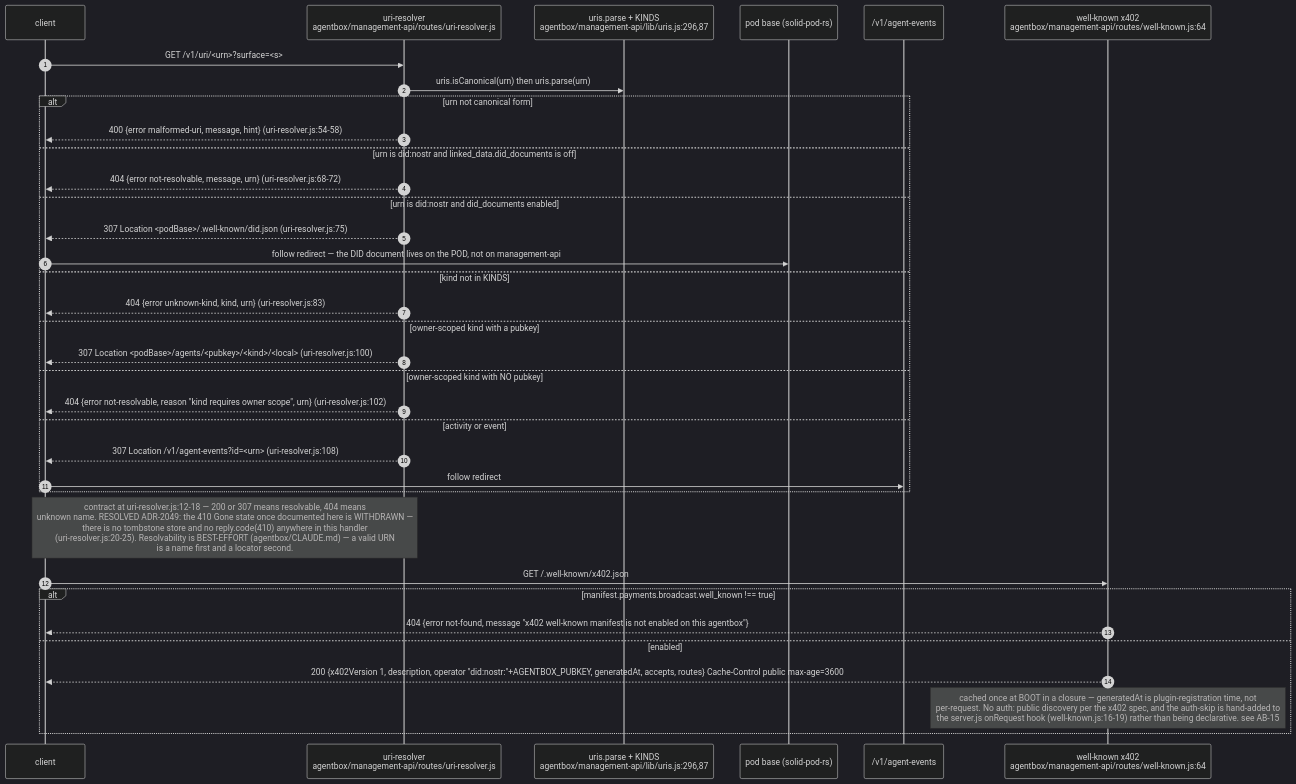
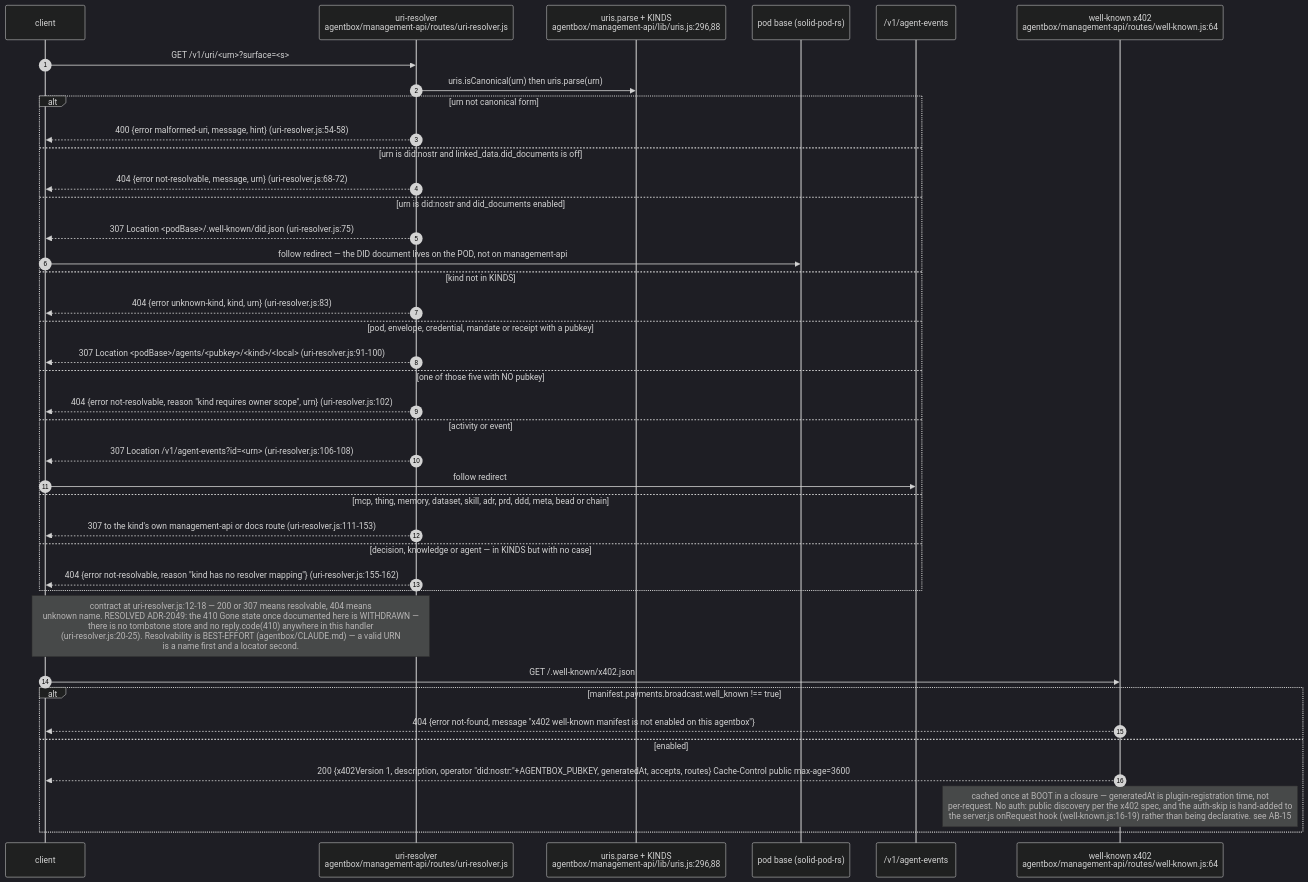
Diagram 15 of 16 in docs/diagrams/agentbox/11-identity-did-mandate-authority.md (DreamLab-AI/VisionFlow), drawn with Mermaid (dark theme) before and after one commit. The commit also changed other lines of this file and 173 other files, not shown here.

````diff
--- a/docs/diagrams/agentbox/11-identity-did-mandate-authority.md
+++ b/docs/diagrams/agentbox/11-identity-did-mandate-authority.md
@@ -628,38 +658,42 @@
 ```mermaid
 sequenceDiagram
     autonumber
     participant C as client
     participant UR as uri-resolver<br/>agentbox/management-api/routes/uri-resolver.js
-    participant K as uris.parse + KINDS<br/>agentbox/management-api/lib/uris.js:296,87
+    participant K as uris.parse + KINDS<br/>agentbox/management-api/lib/uris.js:296,88
     participant POD as pod base (solid-pod-rs)
     participant AE as /v1/agent-events
     participant WK as well-known x402<br/>agentbox/management-api/routes/well-known.js:64
 
     C->>UR: GET /v1/uri/<urn>?surface=<s>
     UR->>K: uris.isCanonical(urn) then uris.parse(urn)
     alt urn not canonical form
         UR-->>C: 400 {error malformed-uri, message, hint} (uri-resolver.js:54-58)
     else urn is did:nostr and linked_data.did_documents is off
         UR-->>C: 404 {error not-resolvable, message, urn} (uri-resolver.js:68-72)
     else urn is did:nostr and did_documents enabled
         UR-->>C: 307 Location <podBase>/.well-known/did.json (uri-resolver.js:75)
         C->>POD: follow redirect — the DID document lives on the POD, not on management-api
     else kind not in KINDS
         UR-->>C: 404 {error unknown-kind, kind, urn} (uri-resolver.js:83)
-    else owner-scoped kind with a pubkey
-        UR-->>C: 307 Location <podBase>/agents/<pubkey>/<kind>/<local> (uri-resolver.js:100)
-    else owner-scoped kind with NO pubkey
+    else pod, envelope, credential, mandate or receipt with a pubkey
+        UR-->>C: 307 Location <podBase>/agents/<pubkey>/<kind>/<local> (uri-resolver.js:91-100)
+    else one of those five with NO pubkey
         UR-->>C: 404 {error not-resolvable, reason "kind requires owner scope", urn} (uri-resolver.js:102)
     else activity or event
-        UR-->>C: 307 Location /v1/agent-events?id=<urn> (uri-resolver.js:108)
+        UR-->>C: 307 Location /v1/agent-events?id=<urn> (uri-resolver.js:106-108)
         C->>AE: follow redirect
+    else mcp, thing, memory, dataset, skill, adr, prd, ddd, meta, bead or chain
+        UR-->>C: 307 to the kind's own management-api or docs route (uri-resolver.js:111-153)
+    else decision, knowledge or agent — in KINDS but with no case
+        UR-->>C: 404 {error not-resolvable, reason "kind has no resolver mapping"} (uri-resolver.js:155-162)
     end
 Note over UR,C: contract at uri-resolver.js:12-18 — 200 or 307 means resolvable, 404 means<br/>unknown name. RESOLVED ADR-2049: the 410 Gone state once documented here is WITHDRAWN —<br/>there is no tombstone store and no reply.code(410) anywhere in this handler<br/>(uri-resolver.js:20-25). Resolvability is BEST-EFFORT (agentbox/CLAUDE.md) — a valid URN<br/>is a name first and a locator second.
     C->>WK: GET /.well-known/x402.json
     alt manifest.payments.broadcast.well_known !== true
         WK-->>C: 404 {error not-found, message "x402 well-known manifest is not enabled on this agentbox"}
     else enabled
         WK-->>C: 200 {x402Version 1, description, operator "did:nostr:"+AGENTBOX_PUBKEY, generatedAt, accepts, routes} Cache-Control public max-age=3600
 Note over WK: cached once at BOOT in a closure — generatedAt is plugin-registration time, not<br/>per-request. No auth: public discovery per the x402 spec, and the auth-skip is hand-added to<br/>the server.js onRequest hook (well-known.js:16-19) rather than being declarative. see AB-15
     end
 ```
````
